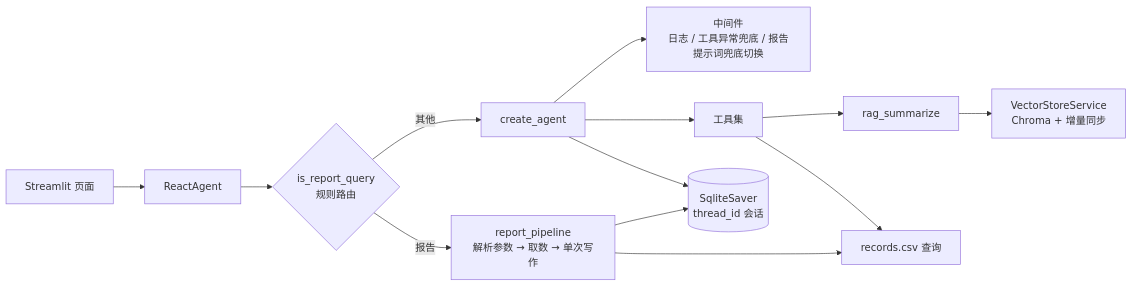
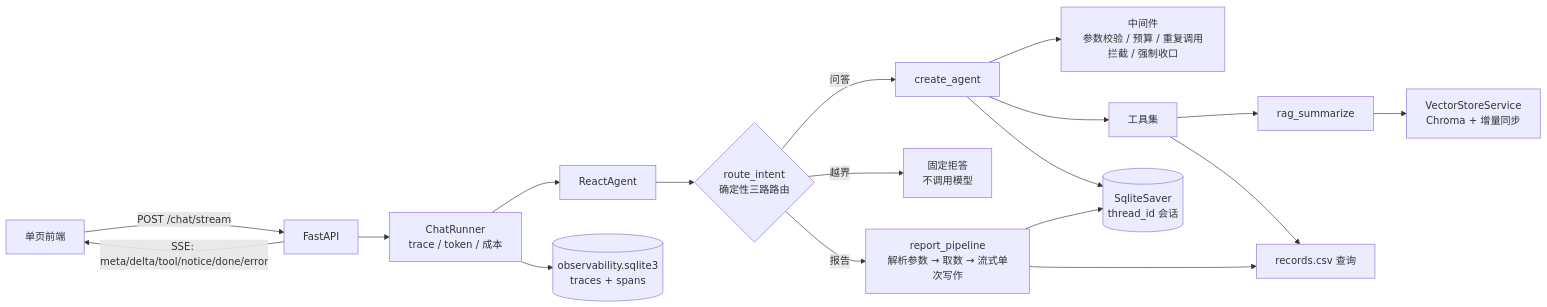
Before and after one commit to jadeji00/RAG_Service_Agent: the first of 2 diagrams in docs/design.md, drawn with Mermaid. The commit also changed other lines of this file and 6 other files, not shown here.

````diff
--- a/docs/design.md
+++ b/docs/design.md
@@ -18,15 +18,20 @@
 ```mermaid
 flowchart LR
-    U[Streamlit 页面] --> A[ReactAgent]
-    A --> RQ{is_report_query<br/>规则路由}
-    RQ -->|报告| RP[report_pipeline<br/>解析参数 → 取数 → 单次写作]
-    RQ -->|其他| G[create_agent]
-    G --> M[中间件<br/>日志 / 工具异常兜底 / 报告提示词兜底切换]
+    U[单页前端] -->|POST /chat/stream| F[FastAPI]
+    F -->|SSE: meta/delta/tool/notice/done/error| U
+    F --> CR[ChatRunner<br/>trace / token / 成本]
+    CR --> A[ReactAgent]
+    A --> RT{route_intent<br/>确定性三路路由}
+    RT -->|报告| RP[report_pipeline<br/>解析参数 → 取数 → 流式单次写作]
+    RT -->|越界| OOS[固定拒答<br/>不调用模型]
+    RT -->|问答| G[create_agent]
+    G --> M[中间件<br/>参数校验 / 预算 / 重复调用拦截 / 强制收口]
     G --> T[工具集]
     T --> R[rag_summarize]
     R --> V[VectorStoreService<br/>Chroma + 增量同步]
     T --> C[records.csv 查询]
     RP --> C
     G --> K[(SqliteSaver<br/>thread_id 会话)]
     RP --> K
+    CR --> OB[(observability.sqlite3<br/>traces + spans)]
 ```
````
